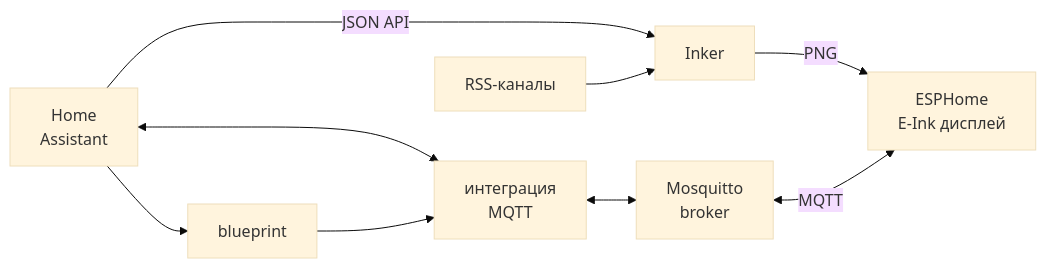
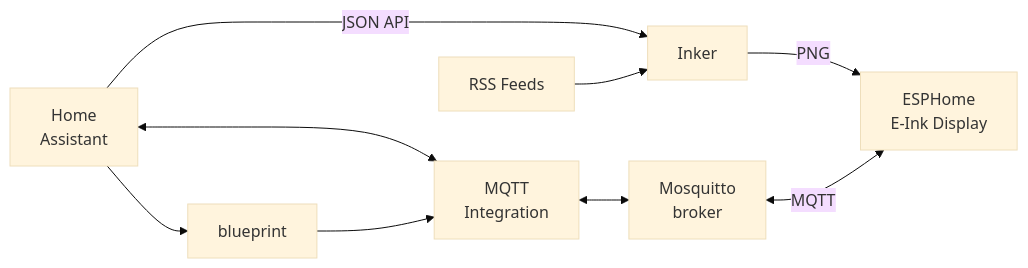
Before and after one commit to kfattum/esphome-trmnl: the diagram in readme.md, drawn with Mermaid (base theme). The commit also changed other lines of this file, not shown here.

````diff
--- a/readme.md
+++ b/readme.md
@@ -17,11 +11,11 @@
 ``` mermaid
 flowchart LR
     HA["Home <br> Assistant"] -- JSON API --> Inker["Inker"]
-    RSS["RSS-каналы"] --> Inker
-    Inker -- PNG --> ESPH["ESPHome <br> E-Ink дисплей"]
-    HA <--> MQTT_Int["интеграция <br> MQTT"]
+    RSS["RSS Feeds"] --> Inker
+    Inker -- PNG --> ESPH["ESPHome <br> E-Ink Display"]
+    HA <--> MQTT_Int["MQTT <br> Integration"]
     HA --> BP["blueprint"]
     BP --> MQTT_Int
     MQTT_Int <--> Mosq["Mosquitto <br> broker"]
     Mosq <-- MQTT --> ESPH
 ```
````
